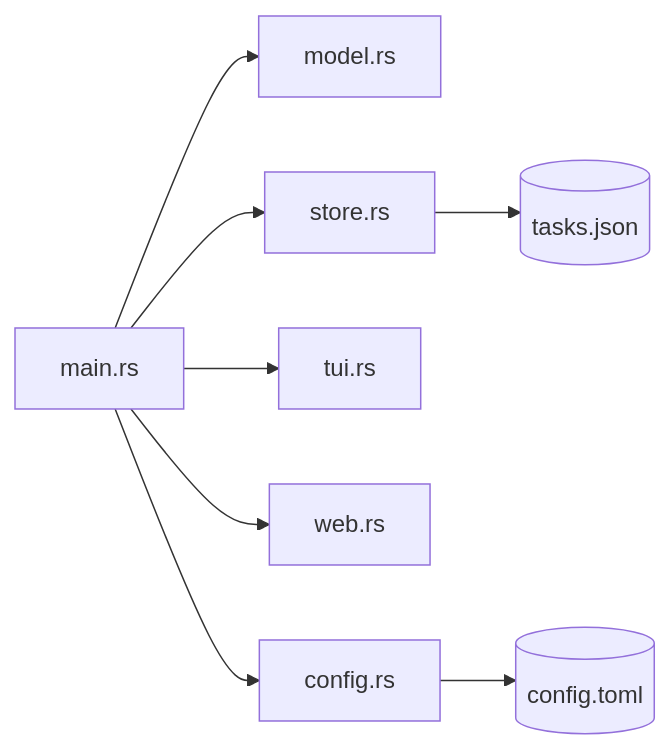
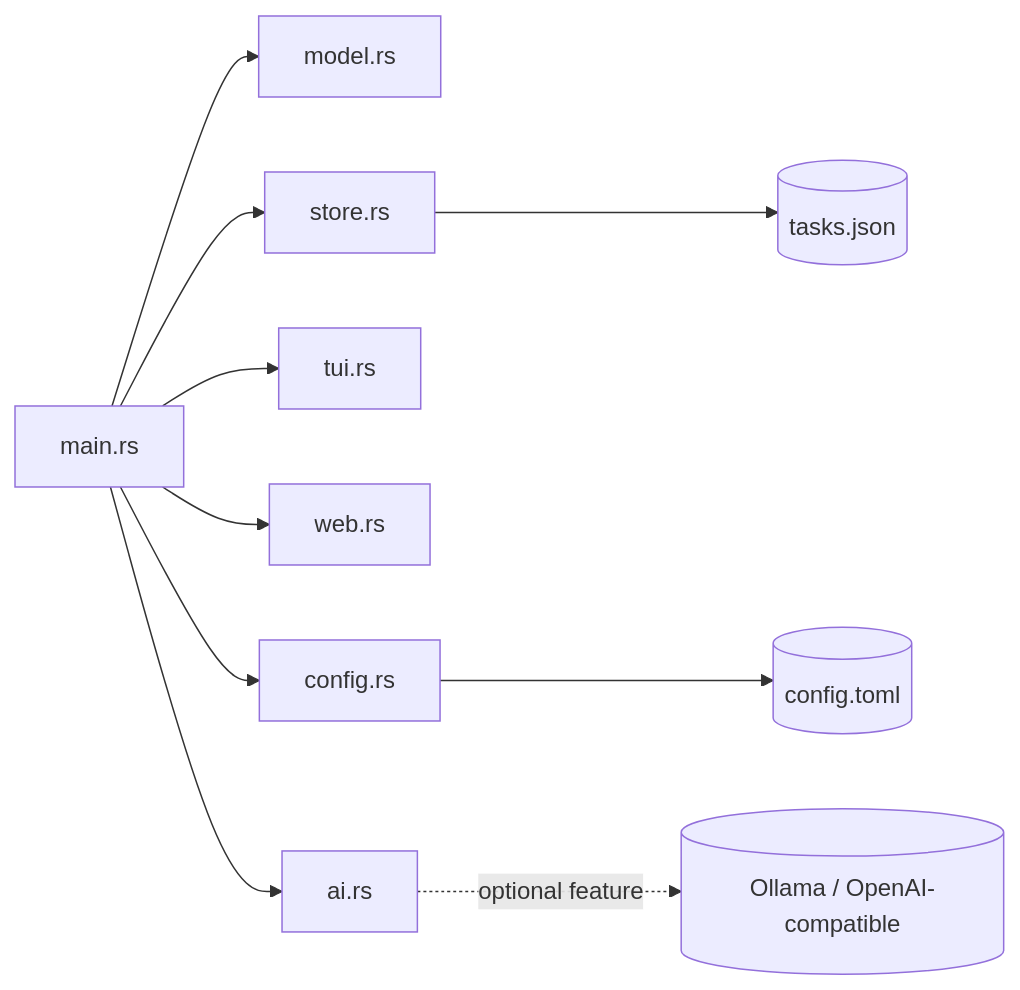
Before and after one commit to peekstore/tasklynx: the diagram in docs/architecture.md, drawn with Mermaid. The commit also changed other lines of this file and 13 other files, not shown here.

````diff
--- a/docs/architecture.md
+++ b/docs/architecture.md
@@ -19,10 +20,12 @@
 ```mermaid
 graph LR
   CLI[main.rs] --> Model[model.rs]
   CLI --> Store[store.rs]
   CLI --> TUI[tui.rs]
   CLI --> Web[web.rs]
   CLI --> Config[config.rs]
+  CLI --> AI[ai.rs]
   Store --> JSON[(tasks.json)]
   Config --> TOML[(config.toml)]
+  AI -. optional feature .-> Provider[(Ollama / OpenAI-compatible)]
 ```
````
